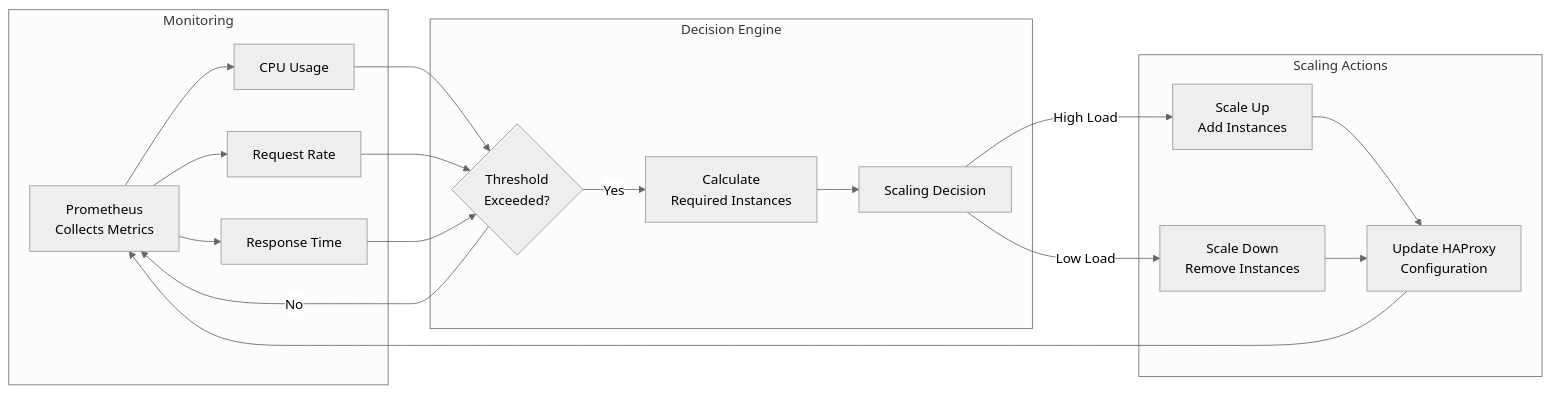
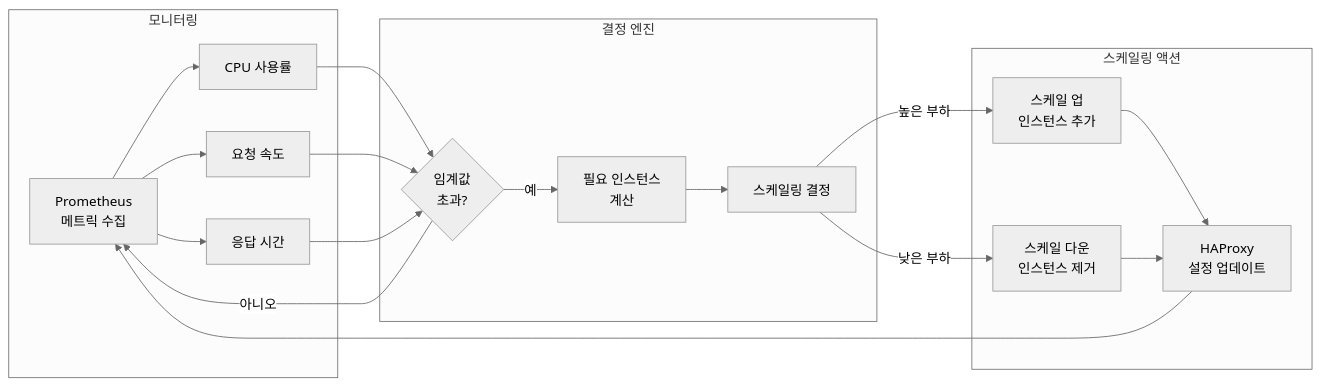
Before and after one commit to byeongyuseob/techup: the second of 4 diagrams in README.md, drawn with Mermaid (neutral theme). The commit also changed other lines of this file, not shown here.

````diff
--- a/README.md
+++ b/README.md
@@ -67,31 +67,31 @@
 ```mermaid
 flowchart LR
-    subgraph "Monitoring"
-        M1[Prometheus<br/>Collects Metrics]
-        M2[CPU Usage]
-        M3[Request Rate]
-        M4[Response Time]
+    subgraph "모니터링"
+        M1[Prometheus<br/>메트릭 수집]
+        M2[CPU 사용률]
+        M3[요청 속도]
+        M4[응답 시간]
     end
 
-    subgraph "Decision Engine"
-        D1{Threshold<br/>Exceeded?}
-        D2[Calculate<br/>Required Instances]
-        D3[Scaling Decision]
+    subgraph "결정 엔진"
+        D1{임계값<br/>초과?}
+        D2[필요 인스턴스<br/>계산]
+        D3[스케일링 결정]
     end
 
-    subgraph "Scaling Actions"
-        A1[Scale Up<br/>Add Instances]
-        A2[Scale Down<br/>Remove Instances]
-        A3[Update HAProxy<br/>Configuration]
+    subgraph "스케일링 액션"
+        A1[스케일 업<br/>인스턴스 추가]
+        A2[스케일 다운<br/>인스턴스 제거]
+        A3[HAProxy<br/>설정 업데이트]
     end
 
     M1 --> M2 & M3 & M4
     M2 & M3 & M4 --> D1
-    D1 -->|Yes| D2
-    D1 -->|No| M1
+    D1 -->|예| D2
+    D1 -->|아니오| M1
     D2 --> D3
-    D3 -->|High Load| A1
-    D3 -->|Low Load| A2
+    D3 -->|높은 부하| A1
+    D3 -->|낮은 부하| A2
     A1 & A2 --> A3
     A3 --> M1
 ```
````
